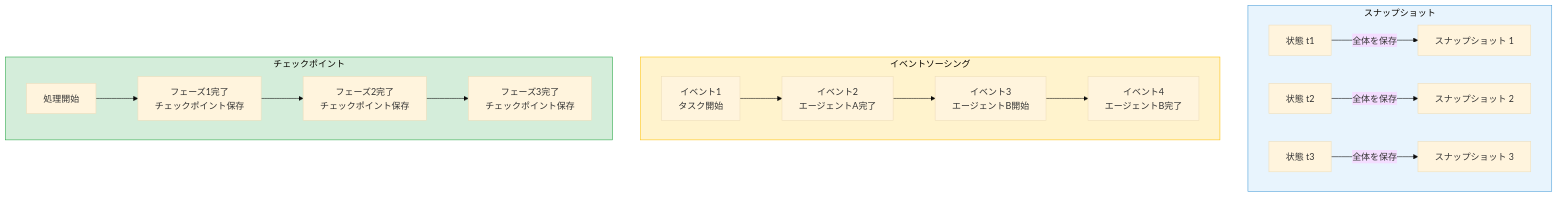
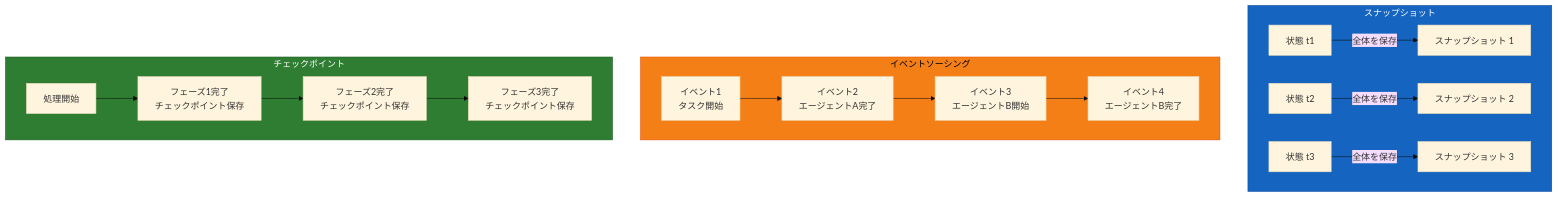
One commit to sogawa-yk/multi-agent-book changed the fourth of 5 diagrams in manuscript/ch06/ch06.md. Above: the diagram before and after it, drawn with Mermaid (base theme). The commit also changed other lines of this file and 4 other files, not shown here.

````diff
--- a/manuscript/ch06/ch06.md
+++ b/manuscript/ch06/ch06.md
@@ -262,29 +290,29 @@
 ```mermaid
 graph TB
     subgraph スナップショット
         direction LR
         SS1["状態 t1"] -->|"全体を保存"| SSS1["スナップショット 1"]
         SS2["状態 t2"] -->|"全体を保存"| SSS2["スナップショット 2"]
         SS3["状態 t3"] -->|"全体を保存"| SSS3["スナップショット 3"]
     end
 
     subgraph イベントソーシング
         direction LR
         ES1["イベント1<br/>タスク開始"]
         ES2["イベント2<br/>エージェントA完了"]
         ES3["イベント3<br/>エージェントB開始"]
         ES4["イベント4<br/>エージェントB完了"]
         ES1 --> ES2 --> ES3 --> ES4
     end
 
     subgraph チェックポイント
         direction LR
         CP1["処理開始"] --> CPA["フェーズ1完了<br/>チェックポイント保存"]
         CPA --> CPB["フェーズ2完了<br/>チェックポイント保存"]
         CPB --> CPC["フェーズ3完了<br/>チェックポイント保存"]
     end
 
-    style スナップショット fill:#e8f4fd,stroke:#4a9eda
-    style イベントソーシング fill:#fff3cd,stroke:#ffc107
-    style チェックポイント fill:#d4edda,stroke:#28a745
+    style スナップショット fill:#1565c0,stroke:#0d47a1,color:#ffffff
+    style イベントソーシング fill:#f57f17,stroke:#e65100,color:#000000
+    style チェックポイント fill:#2e7d32,stroke:#1b5e20,color:#ffffff
 ```
````
